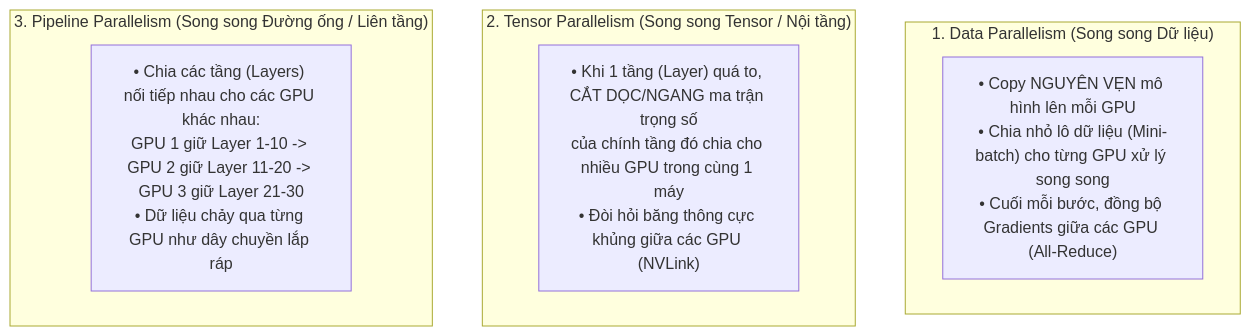
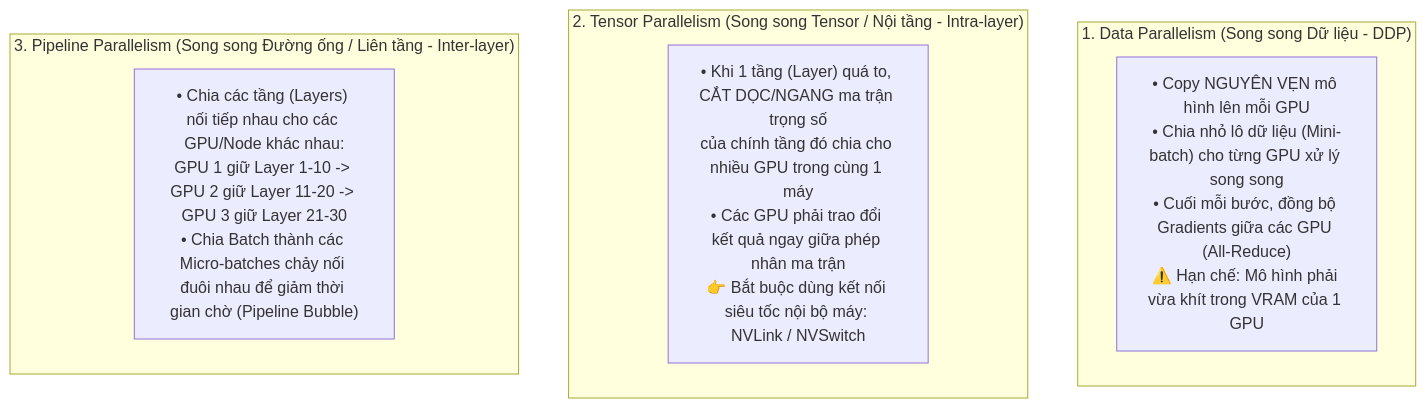
Before and after one commit to nxthanh2904/nca-genl: the sixth of 8 diagrams in Module_01_AI_Infrastructure.md, drawn with Mermaid. The commit also changed other lines of this file and 11 other files, not shown here.

````diff
--- a/Module_01_AI_Infrastructure.md
+++ b/Module_01_AI_Infrastructure.md
@@ -179,14 +221,14 @@
 ```mermaid
 flowchart TD
-    subgraph DP["1. Data Parallelism (Song song Dữ liệu)"]
-        DP_Desc["• Copy NGUYÊN VẸN mô hình lên mỗi GPU<br/>• Chia nhỏ lô dữ liệu (Mini-batch) cho từng GPU xử lý song song<br/>• Cuối mỗi bước, đồng bộ Gradients giữa các GPU (All-Reduce)"]
+    subgraph DP["1. Data Parallelism (Song song Dữ liệu - DDP)"]
+        DP_Desc["• Copy NGUYÊN VẸN mô hình lên mỗi GPU<br/>• Chia nhỏ lô dữ liệu (Mini-batch) cho từng GPU xử lý song song<br/>• Cuối mỗi bước, đồng bộ Gradients giữa các GPU (All-Reduce)<br/>⚠️ Hạn chế: Mô hình phải vừa khít trong VRAM của 1 GPU"]
     end
 
-    subgraph TP["2. Tensor Parallelism (Song song Tensor / Nội tầng)"]
-        TP_Desc["• Khi 1 tầng (Layer) quá to, CẮT DỌC/NGANG ma trận trọng số<br/>của chính tầng đó chia cho nhiều GPU trong cùng 1 máy<br/>• Đòi hỏi băng thông cực khủng giữa các GPU (NVLink)"]
+    subgraph TP["2. Tensor Parallelism (Song song Tensor / Nội tầng - Intra-layer)"]
+        TP_Desc["• Khi 1 tầng (Layer) quá to, CẮT DỌC/NGANG ma trận trọng số<br/>của chính tầng đó chia cho nhiều GPU trong cùng 1 máy<br/>• Các GPU phải trao đổi kết quả ngay giữa phép nhân ma trận<br/>👉 Bắt buộc dùng kết nối siêu tốc nội bộ máy: NVLink / NVSwitch"]
     end
 
-    subgraph PP["3. Pipeline Parallelism (Song song Đường ống / Liên tầng)"]
-        PP_Desc["• Chia các tầng (Layers) nối tiếp nhau cho các GPU khác nhau:<br/>GPU 1 giữ Layer 1-10 -> GPU 2 giữ Layer 11-20 -> GPU 3 giữ Layer 21-30<br/>• Dữ liệu chảy qua từng GPU như dây chuyền lắp ráp"]
+    subgraph PP["3. Pipeline Parallelism (Song song Đường ống / Liên tầng - Inter-layer)"]
+        PP_Desc["• Chia các tầng (Layers) nối tiếp nhau cho các GPU/Node khác nhau:<br/>GPU 1 giữ Layer 1-10 -> GPU 2 giữ Layer 11-20 -> GPU 3 giữ Layer 21-30<br/>• Chia Batch thành các Micro-batches chảy nối đuôi nhau để giảm thời gian chờ (Pipeline Bubble)"]
     end
 ```
````
